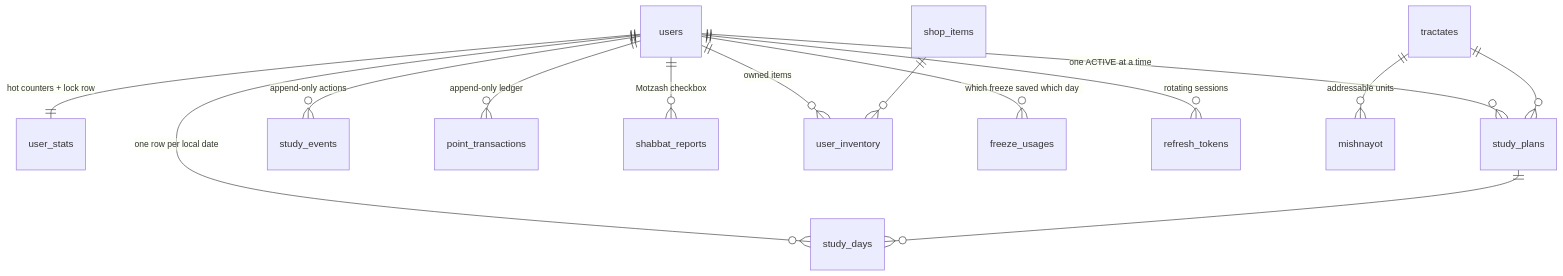
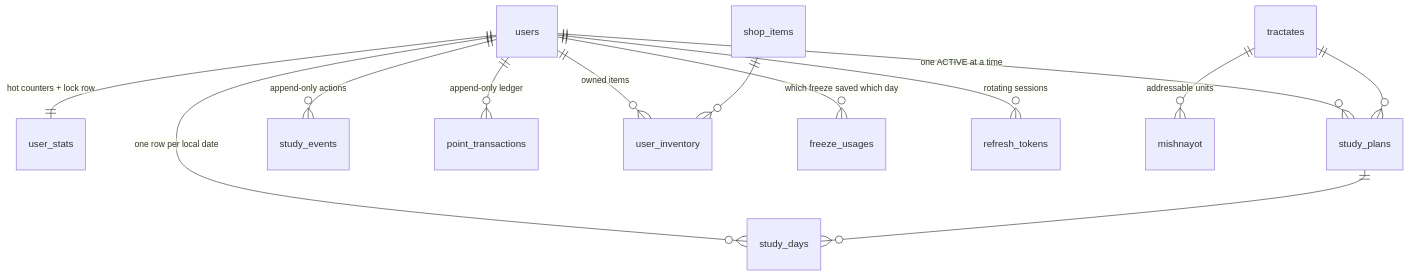
One commit to ab3263266/mishna changed the diagram in README.md. Above: the diagram before and after it, drawn with Mermaid. The commit also changed other lines of this file and 93 other files, not shown here.

````diff
--- a/README.md
+++ b/README.md
@@ -257,16 +288,15 @@
 ```mermaid
 erDiagram
     users ||--|| user_stats : "hot counters + lock row"
     users ||--o{ study_plans : "one ACTIVE at a time"
     users ||--o{ study_days : "one row per local date"
     users ||--o{ study_events : "append-only actions"
     users ||--o{ point_transactions : "append-only ledger"
-    users ||--o{ shabbat_reports : "Motzash checkbox"
     users ||--o{ user_inventory : "owned items"
     users ||--o{ freeze_usages : "which freeze saved which day"
     users ||--o{ refresh_tokens : "rotating sessions"
     tractates ||--o{ mishnayot : "addressable units"
     tractates ||--o{ study_plans : ""
     study_plans ||--o{ study_days : ""
     shop_items ||--o{ user_inventory : ""
 ```
````
